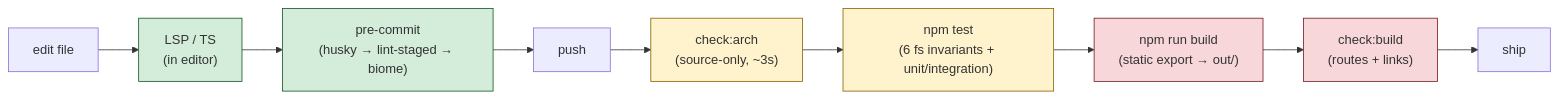
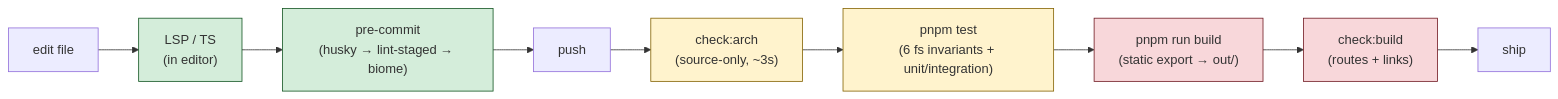
The second of 3 diagrams in docs/HARNESS.md (porscheofficial/porschedigital-technology-radar), drawn with Mermaid before and after one commit. The commit also changed other lines of this file and 27 other files, not shown here.

First line of the commit message:
build: migrate package manager from npm to pnpm (ADR-0019)

````diff
--- a/docs/HARNESS.md
+++ b/docs/HARNESS.md
@@ -171,18 +171,18 @@
 ```mermaid
 flowchart LR
     edit["edit file"] --> lsp["LSP / TS<br/>(in editor)"]
     lsp --> precommit["pre-commit<br/>(husky → lint-staged → biome)"]
     precommit --> push["push"]
     push --> arch["check:arch<br/>(source-only, ~3s)"]
-    arch --> test["npm test<br/>(6 fs invariants + unit/integration)"]
-    test --> build["npm run build<br/>(static export → out/)"]
+    arch --> test["pnpm test<br/>(6 fs invariants + unit/integration)"]
+    test --> build["pnpm run build<br/>(static export → out/)"]
     build --> bld["check:build<br/>(routes + links)"]
     bld --> ship["ship"]
 
     classDef cheap fill:#d4edda,stroke:#155724
     classDef medium fill:#fff3cd,stroke:#856404
     classDef costly fill:#f8d7da,stroke:#721c24
     class lsp,precommit cheap
     class arch,test medium
     class build,bld costly
 ```
````
